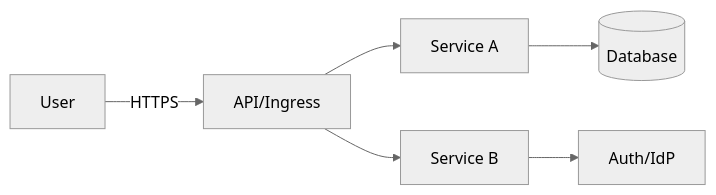
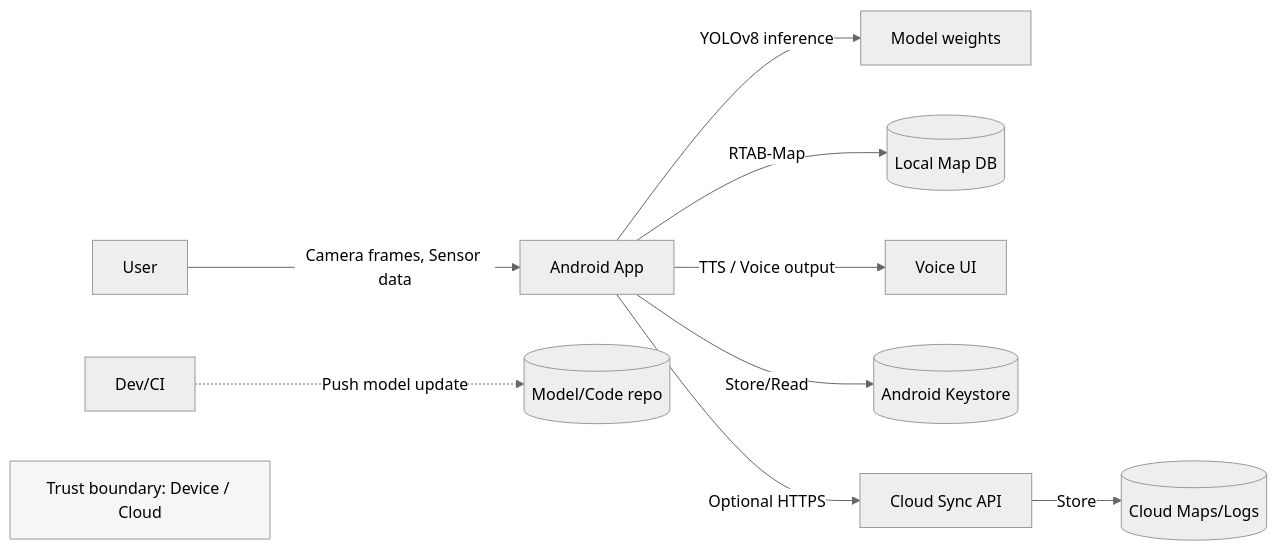
Before and after one commit to Levandou/secure_development: the diagram in GRADING/TM.md, drawn with Mermaid (neutral theme). The commit also changed other lines of this file, not shown here.

````diff
--- a/GRADING/TM.md
+++ b/GRADING/TM.md
@@ -23,9 +31,15 @@
 ```mermaid
 %% TODO: замените каркас на свой (минимум 5 узлов/потоков)
 flowchart LR
-  U[User] -->|HTTPS| GW[API/Ingress]
-  GW --> S1[Service A]
-  GW --> S2[Service B]
-  S1 --> DB[(Database)]
-  S2 --> AUTH[Auth/IdP]
+  User -->|Camera frames, Sensor data| App[Android App]
+  App -->|YOLOv8 inference 
+| Model[Model weights]
+  App -->|RTAB-Map| MapDB[(Local Map DB)]
+  App -->|TTS / Voice output| Speaker[Voice UI]
+  App -->|Store/Read| Keystore[(Android Keystore)]
+  App -->|Optional HTTPS | CloudAPI[Cloud Sync API]
+  CloudAPI -->|Store| CloudDB[(Cloud Maps/Logs)]
+  Dev[Dev/CI] -.->|Push model update| Repo[(Model/Code repo)]
+  Note[Trust boundary: Device / Cloud]:::boundary
+  classDef boundary fill:#f6f6f6,stroke:#999,stroke-width:1px;
 ```
````
